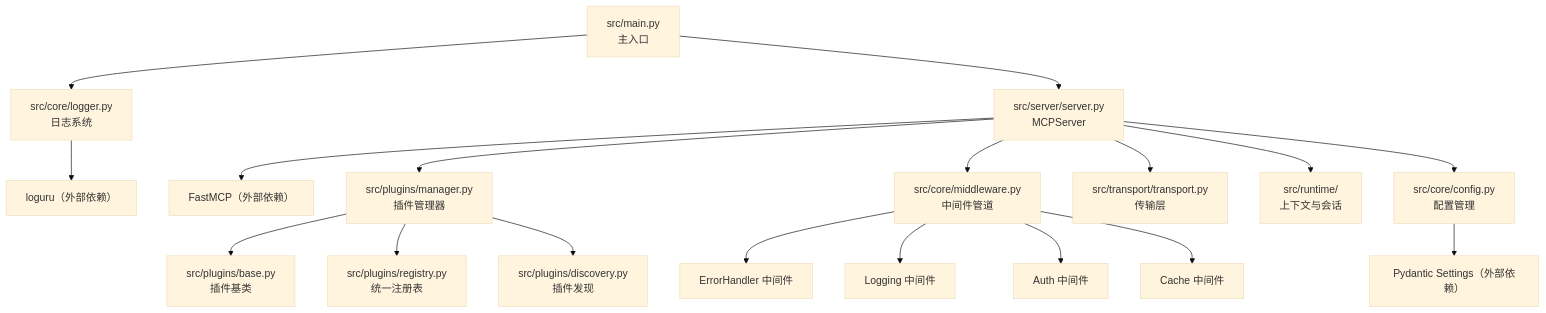
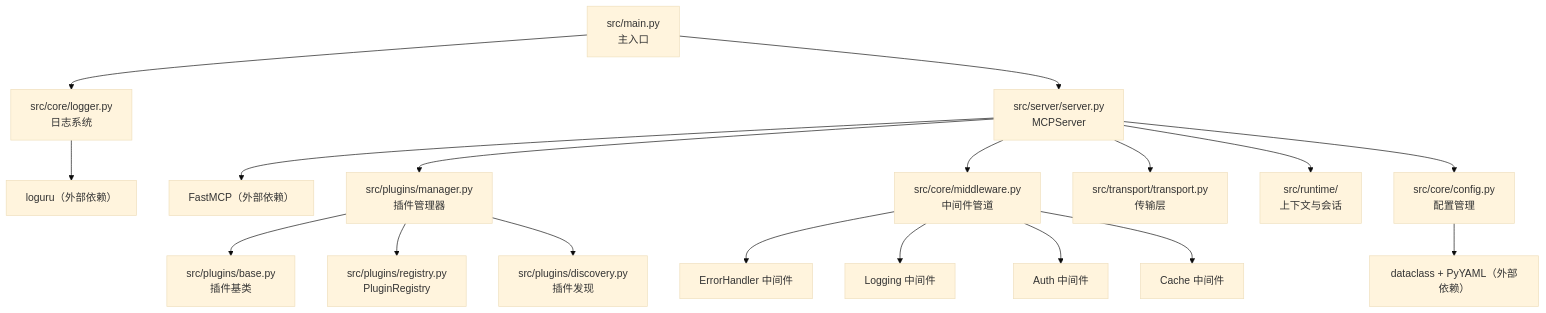
Before and after one commit to chain-engine/x-QiuChi: the fourth of 4 diagrams in README.md, drawn with Mermaid (base theme). The commit also changed other lines of this file and 23 other files, not shown here.

````diff
--- a/README.md
+++ b/README.md
@@ -412,24 +409,24 @@
 ```mermaid
 flowchart TD
     A["src/main.py<br/>主入口"] --> B["src/server/server.py<br/>MCPServer"]
     A --> K["src/core/logger.py<br/>日志系统"]
     K --> K1["loguru（外部依赖）"]
 
     B --> C1["FastMCP（外部依赖）"]
     B --> D["src/plugins/manager.py<br/>插件管理器"]
     B --> E["src/core/middleware.py<br/>中间件管道"]
     B --> F["src/transport/transport.py<br/>传输层"]
 
     D --> D1["src/plugins/base.py<br/>插件基类"]
-    D --> D2["src/plugins/registry.py<br/>统一注册表"]
+    D --> D2["src/plugins/registry.py<br/>PluginRegistry"]
     D --> D3["src/plugins/discovery.py<br/>插件发现"]
 
     E --> E1["ErrorHandler 中间件"]
     E --> E2["Logging 中间件"]
     E --> E3["Auth 中间件"]
     E --> E4["Cache 中间件"]
 
     B --> G["src/runtime/<br/>上下文与会话"]
     B --> H["src/core/config.py<br/>配置管理"]
-    H --> H1["Pydantic Settings（外部依赖）"]
+    H --> H1["dataclass + PyYAML（外部依赖）"]
 ```
````
